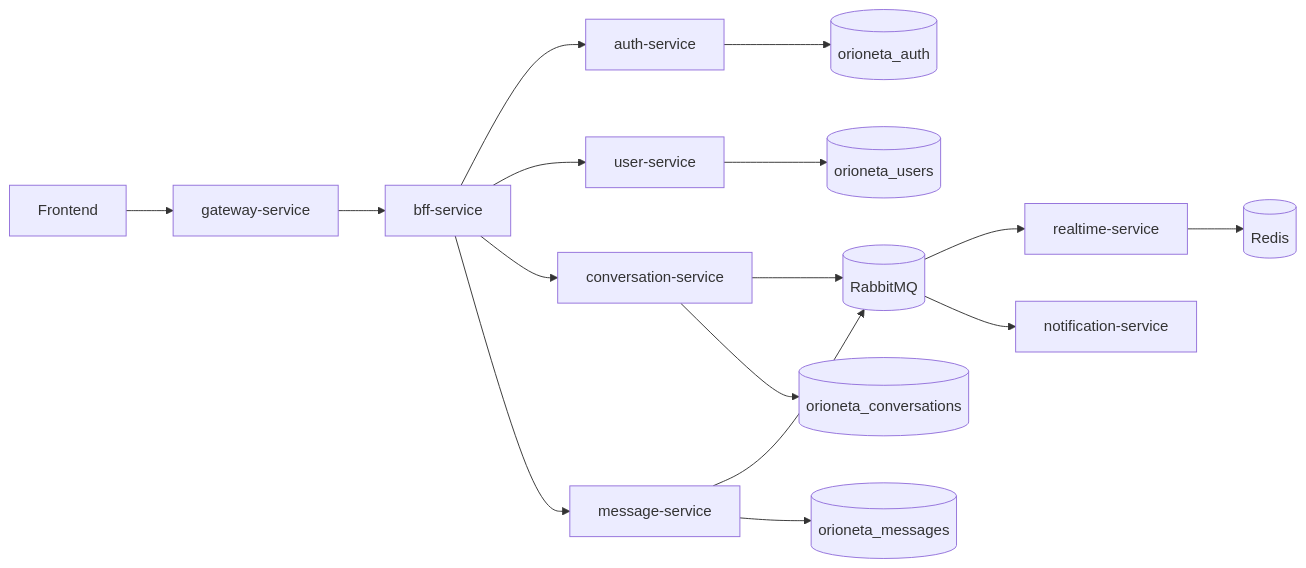
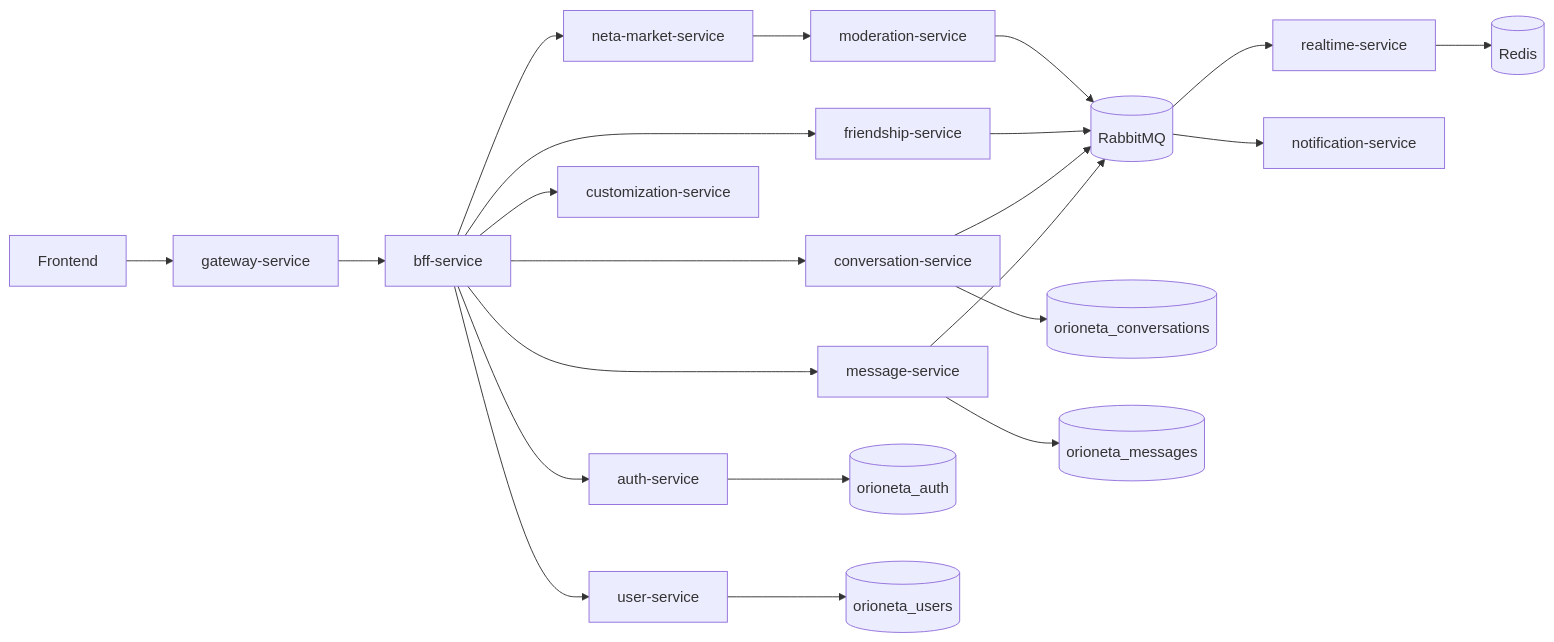
Before and after one commit to OrionTheProgrammer/Orioneta-Backend: the diagram in docs/arquitectura.md, drawn with Mermaid. The commit also changed 180 other files, not shown here.

First line of the commit message:
feat: align backend architecture with Orioneta roadmap

````diff
--- a/docs/arquitectura.md
+++ b/docs/arquitectura.md
@@ -7,18 +7,24 @@
 ```mermaid
 flowchart LR
     FE[Frontend] --> GW[gateway-service]
     GW --> BFF[bff-service]
     BFF --> AUTH[auth-service]
     BFF --> USER[user-service]
+    BFF --> FRIEND[friendship-service]
     BFF --> CONV[conversation-service]
     BFF --> MSG[message-service]
+    BFF --> CUSTOM[customization-service]
+    BFF --> MARKET[neta-market-service]
+    MARKET --> MOD[moderation-service]
     MSG --> RMQ[(RabbitMQ)]
     CONV --> RMQ
+    FRIEND --> RMQ
+    MOD --> RMQ
     RMQ --> RT[realtime-service]
     RMQ --> NOTIF[notification-service]
     RT --> REDIS[(Redis)]
     AUTH --> DBA[(orioneta_auth)]
     USER --> DBU[(orioneta_users)]
     CONV --> DBC[(orioneta_conversations)]
     MSG --> DBM[(orioneta_messages)]
 ```
````
